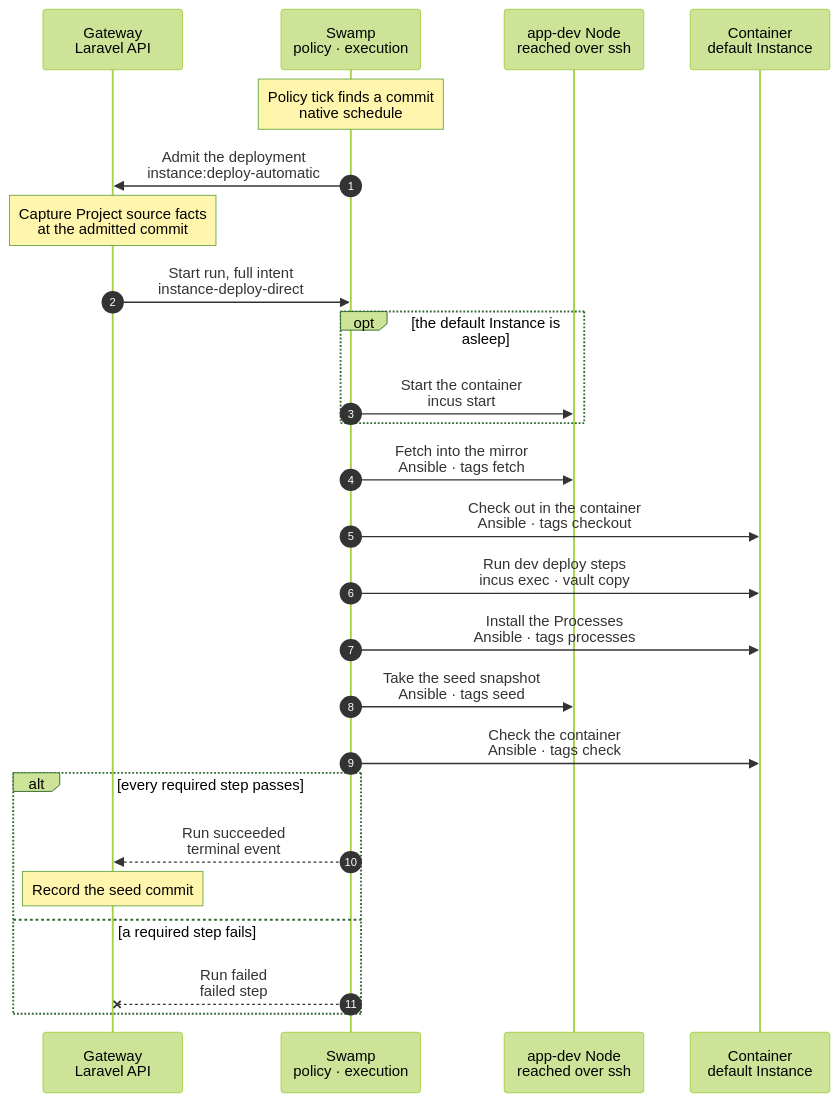
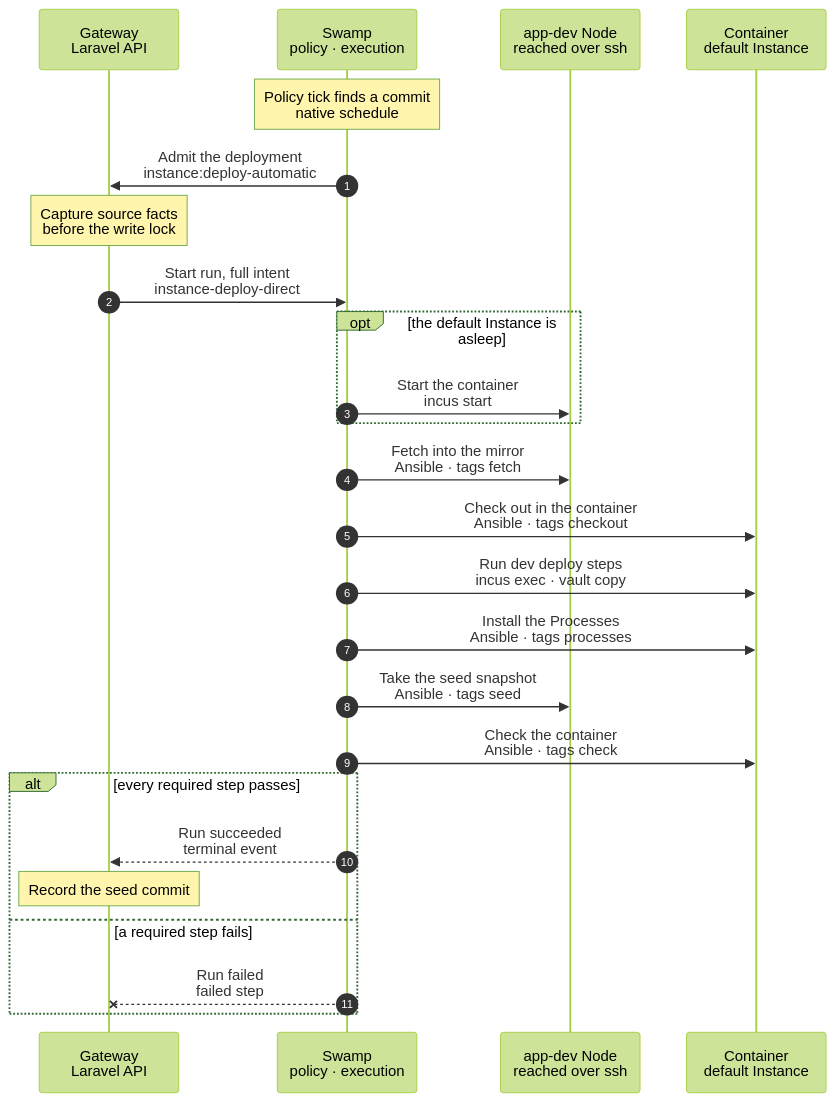
The diagram in docs/cli/instance/container/deploy-default.mmd (hardimpactdev/orbit), drawn with Mermaid (forest theme) before and after one commit. The commit also changed 4 other files, not shown here.

Commit message:
docs(instances): clarify admission-wide source fact effects

```diff
--- a/docs/cli/instance/container/deploy-default.mmd
+++ b/docs/cli/instance/container/deploy-default.mmd
@@ -1,60 +1,60 @@
 sequenceDiagram
   %% Target design, container runtime (ADR 0250 step 3, docs/reference/development-containers.md#the-default-instance): the automatic development deployment of docs/reference/deployments.md, in the default Instance's container. Swamp's policy finds the commit, as it does today; the Gateway admits the deployment and records its result. When the charts move into place, this becomes the development branch of the deploy chart.
   %% status: draft
   %% command: none · automatic deployment policy
   %% kind: instance.deploy
   autonumber
   %% lane GW icon=gateway pill=intent tone=blue
   %% lane SW icon=workflow pill=executes tone=green
   %% lane N icon=server pill=target tone=amber
   %% lane C icon=server pill=target tone=purple
   participant GW as Gateway<br/>Laravel API
   participant SW as Swamp<br/>policy · execution
   participant N as app-dev Node<br/>reached over ssh
   participant C as Container<br/>default Instance
   Note over SW: Policy tick finds a commit<br/>native schedule
   %%> What it does:
   %%> - Swamp's automatic deployment policy reads the default branch head and the checks, as it does today; it owns discovery, backoff and the retry limit
   SW->>GW: Admit the deployment<br/>instance:deploy-automatic
   %%> What it does:
   %%> - the Gateway admits `instance.deploy` for that exact commit, with the Instance lock and a repository read token in the vault
-  Note over GW: Capture Project source facts<br/>at the admitted commit
+  Note over GW: Capture source facts<br/>before the write lock
   %%> What it does:
-  %%> - uses the same capture as project:update before freezing the container intent; see /reference/deployments#container-source-facts
+  %%> - reads before the write transaction; admission rechecks eligibility, source configuration and idempotency before recording facts; see /reference/deployments#container-source-facts
   %%> - refuses admission when capture or source classification fails
   GW->>SW: Start run, full intent<br/>instance-deploy-direct
   opt the default Instance is asleep
     SW->>N: Start the container<br/>incus start
   end
   SW->>N: Fetch into the mirror<br/>Ansible · tags fetch
   %%> What it does:
   %%> - fetches into the Node's mirror and pushes the branch into the container as a bundle; the token never enters the container
   %%> - a pinned commit off the branch's first-parent chain refuses `deployment.commit_not_on_branch`
   SW->>C: Check out in the container<br/>Ansible · tags checkout
   %%> What it does:
   %%> - the same checks as a checkout default: a dirty tree refuses `deployment.checkout_dirty`, a diverged branch `deployment.branch_diverged`
   SW->>C: Run dev deploy steps<br/>incus exec · vault copy
   %%> What it does:
   %%> - the Project's development deploy steps, as `orbit`: they install changed dependencies and migrate
   SW->>C: Install the Processes<br/>Ansible · tags processes
   %%> What it does:
   %%> - installs the Project's new and changed development Process definitions as `orbit-*` units, with their environment files from the vault
   %%> - restarts a changed unit and removes a former environment file
   SW->>N: Take the seed snapshot<br/>Ansible · tags seed
   %%> What it does:
   %%> - stops the default's Processes for a moment, snapshots the container and starts them again, so clones copy no half-written file
   %%> - deletes older seed snapshots that no clone uses
   %%> - starting the units again restarts every running Process on the new commit, such as a queue worker
   SW->>C: Check the container<br/>Ansible · tags check
   %%> What it does:
   %%> - the branch is checked out at the commit and the units are active, else `deployment.branch_changed` or `deployment.processes_inactive`
   alt every required step passes
     SW-->>GW: Run succeeded<br/>terminal event
     Note over GW: Record the seed commit
     %%> Result:
     %%> - new clones start at this snapshot; existing clones do not change
   else a required step fails
     SW--xGW: Run failed<br/>failed step
     %%> Result:
     %%> - no new seed snapshot is taken, so clones keep starting at the last commit that deployed; Swamp's policy retries after its backoff
   end
```
